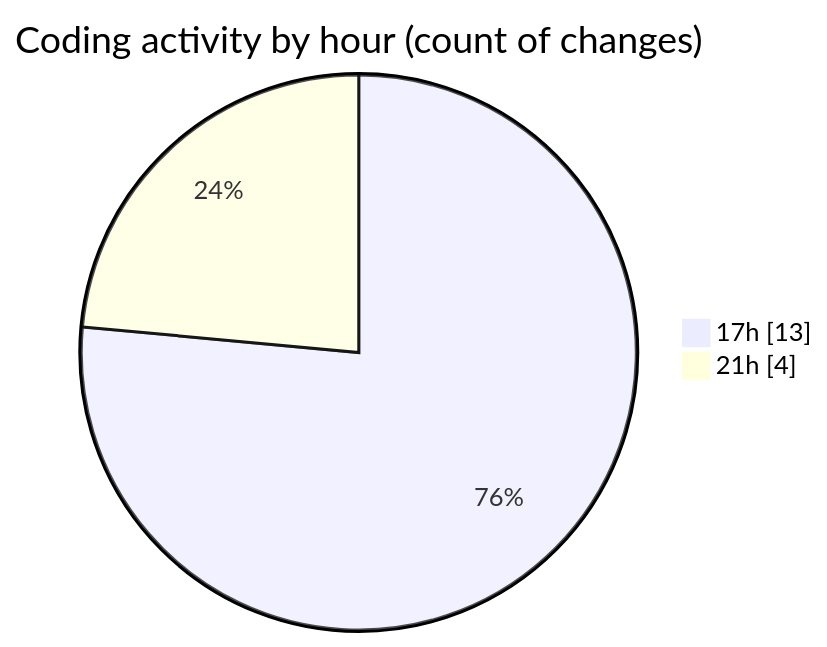
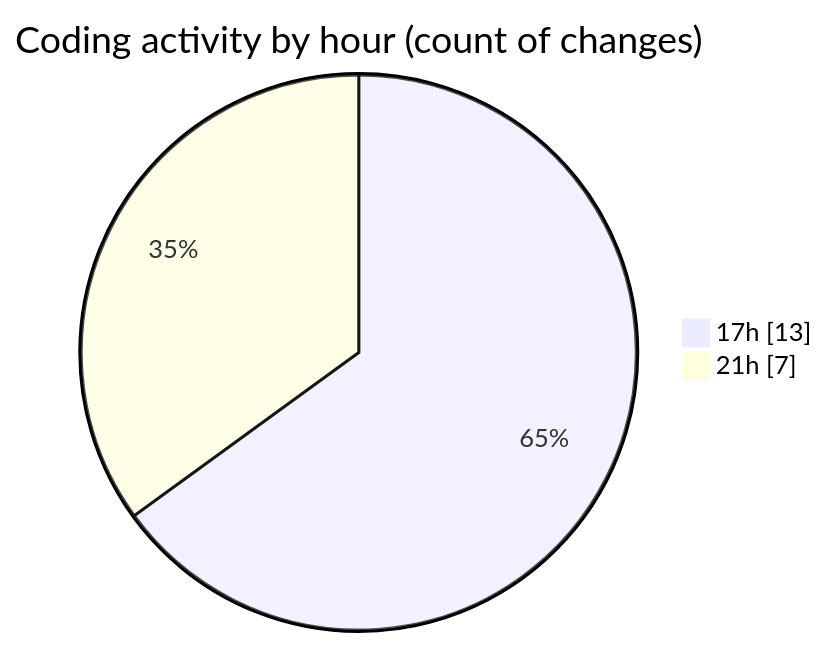
One commit to Unknowalive/code-tracking changed the second of 2 diagrams in 2026-07-03/researchlens/README.md. Above: the diagram before and after it, drawn with Mermaid. The commit also changed other lines of this file and 1 other file, not shown here.

````diff
--- a/2026-07-03/researchlens/README.md
+++ b/2026-07-03/researchlens/README.md
@@ -43,6 +43,6 @@
 ```mermaid
 pie showData
 title Coding activity by hour (count of changes)
 "17h" : 13
-"21h" : 4
+"21h" : 7
 ```
````
